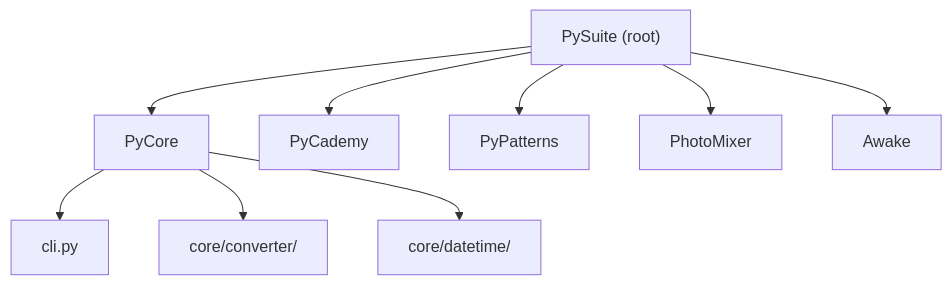
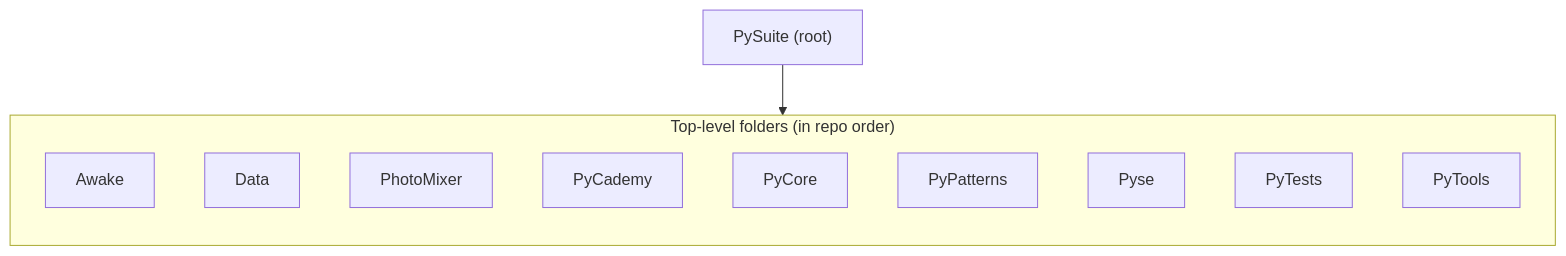
One commit to rslakra/PySuite changed the diagram in README.md. Above: the diagram before and after it, drawn with Mermaid. The commit also changed other lines of this file and 95 other files, not shown here.

````diff
--- a/README.md
+++ b/README.md
@@ -131,13 +131,19 @@
 ```mermaid
 flowchart TB
   Root["PySuite (root)"]
-  Root --> PyCore
-  Root --> PyCademy
-  Root --> PyPatterns
-  Root --> PhotoMixer
-  Root --> Awake
 
-  PyCore --> CLI["cli.py"]
-  PyCore --> Conv["core/converter/"]
-  PyCore --> Time["core/datetime/"]
+  subgraph projects ["Top-level folders (in repo order)"]
+    direction TB
+    Awake["Awake"]
+    Data["Data"]
+    PhotoMixer["PhotoMixer"]
+    PyCademy["PyCademy"]
+    PyCore["PyCore"]
+    PyPatterns["PyPatterns"]
+    Pyse["Pyse"]
+    PyTests["PyTests"]
+    PyTools["PyTools"]
+  end
+
+  Root --> projects
 ```
````
